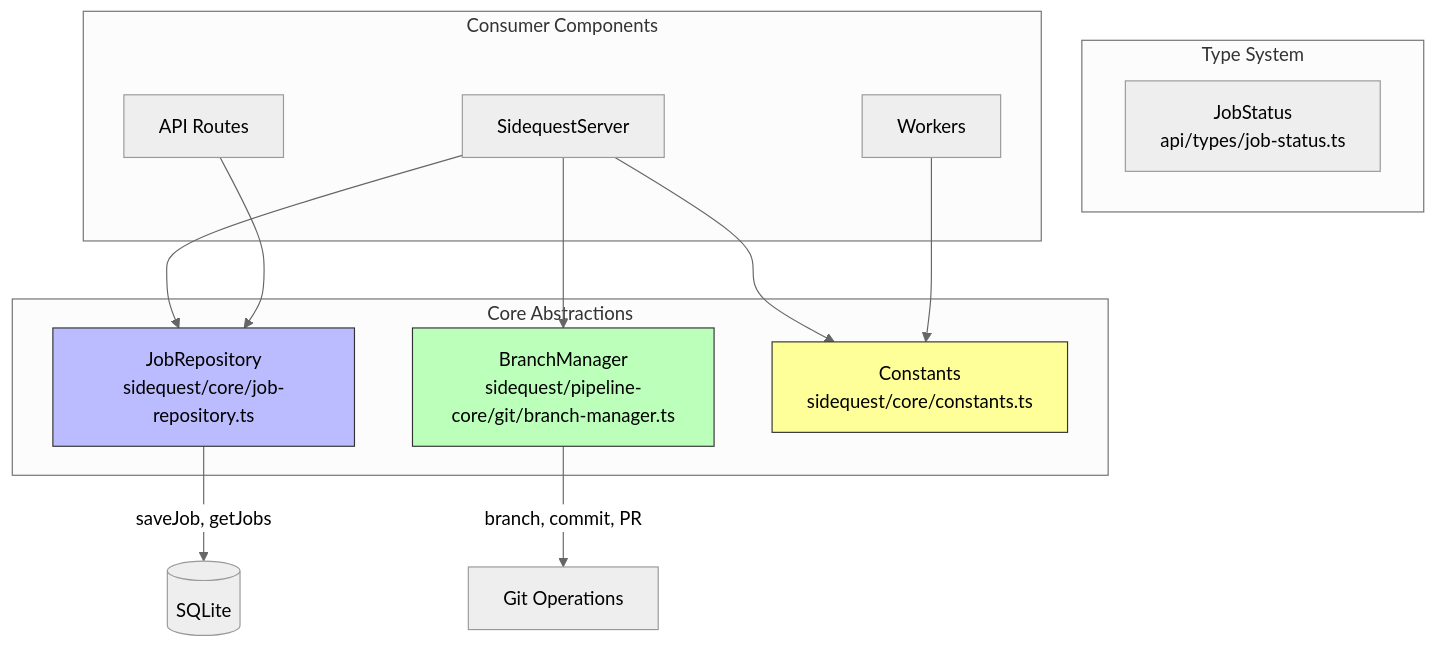
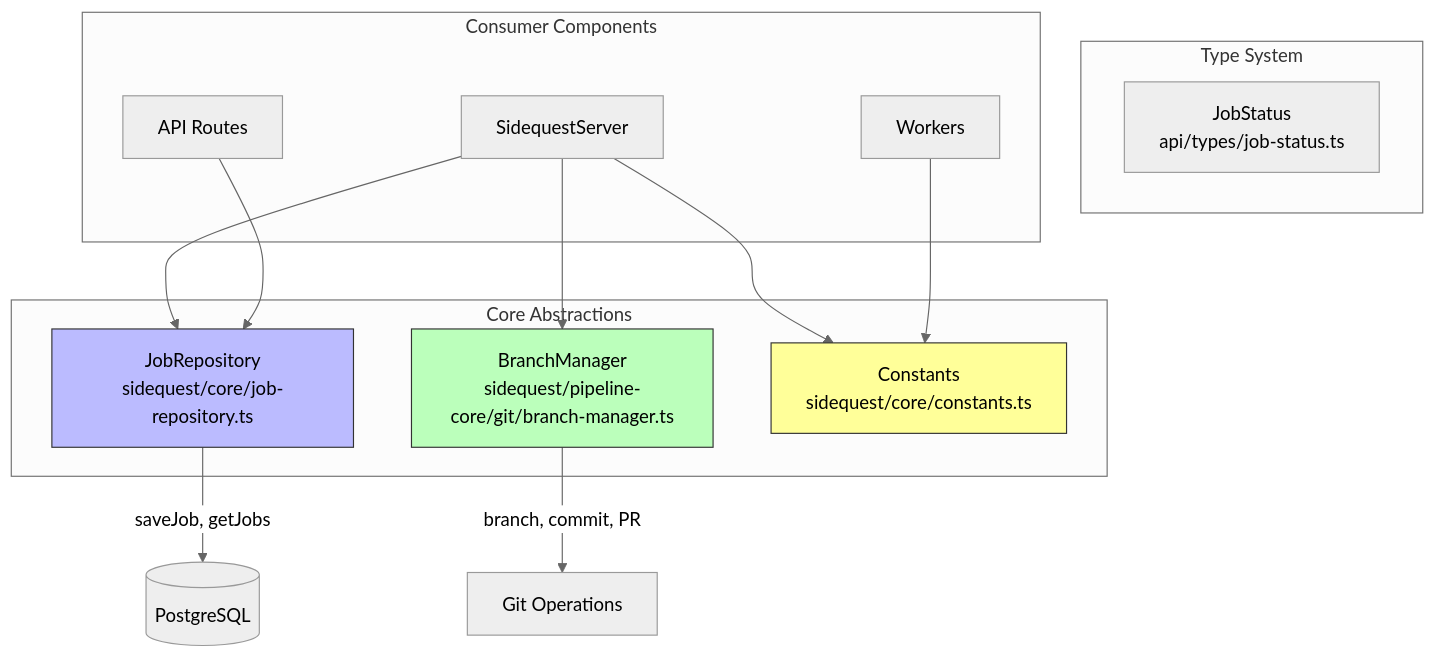
Before and after one commit to integritystudio/AlephAuto: diagram 11 of 14 in docs/architecture/SYSTEM-DATA-FLOW.md, drawn with Mermaid (neutral theme). The commit also changed other lines of this file and 22 other files, not shown here.

First line of the commit message:
chore: update docs for PostgreSQL migration and reorganize scripts

````diff
--- a/docs/architecture/SYSTEM-DATA-FLOW.md
+++ b/docs/architecture/SYSTEM-DATA-FLOW.md
@@ -683,31 +680,31 @@
 ```mermaid
 flowchart TB
     subgraph Core["Core Abstractions"]
         JobRepo["JobRepository<br/>sidequest/core/job-repository.ts"]
         GitWF["BranchManager<br/>sidequest/pipeline-core/git/branch-manager.ts"]
         Constants["Constants<br/>sidequest/core/constants.ts"]
     end
 
     subgraph Types["Type System"]
         JobStatus["JobStatus<br/>api/types/job-status.ts"]
     end
 
     subgraph Consumers["Consumer Components"]
         Server["SidequestServer"]
         Routes["API Routes"]
         Workers["Workers"]
     end
 
     Server --> JobRepo
     Server --> GitWF
     Server --> Constants
     Routes --> JobRepo
     Workers --> Constants
 
-    JobRepo -->|"saveJob, getJobs"| DB[(SQLite)]
+    JobRepo -->|"saveJob, getJobs"| DB[(PostgreSQL)]
     GitWF -->|"branch, commit, PR"| Git[Git Operations]
 
     style JobRepo fill:#bbf,stroke:#333
     style GitWF fill:#bfb,stroke:#333
     style Constants fill:#ff9,stroke:#333
 ```
````
